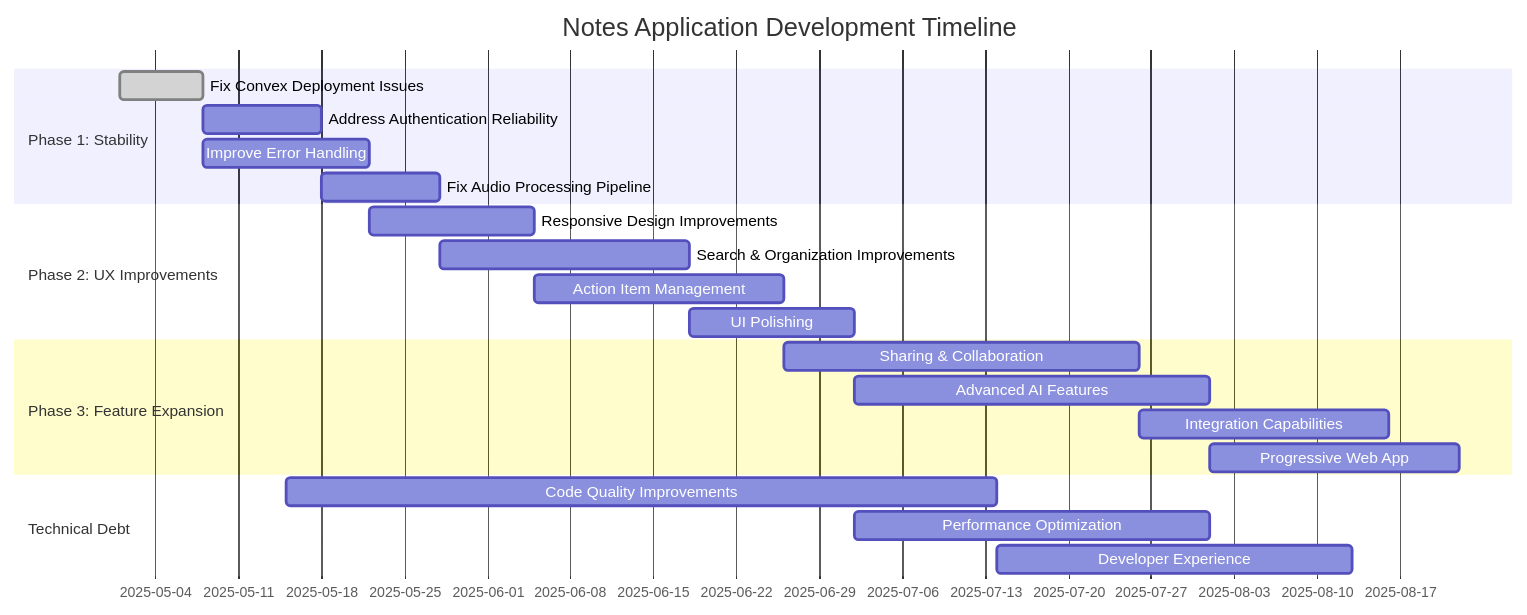
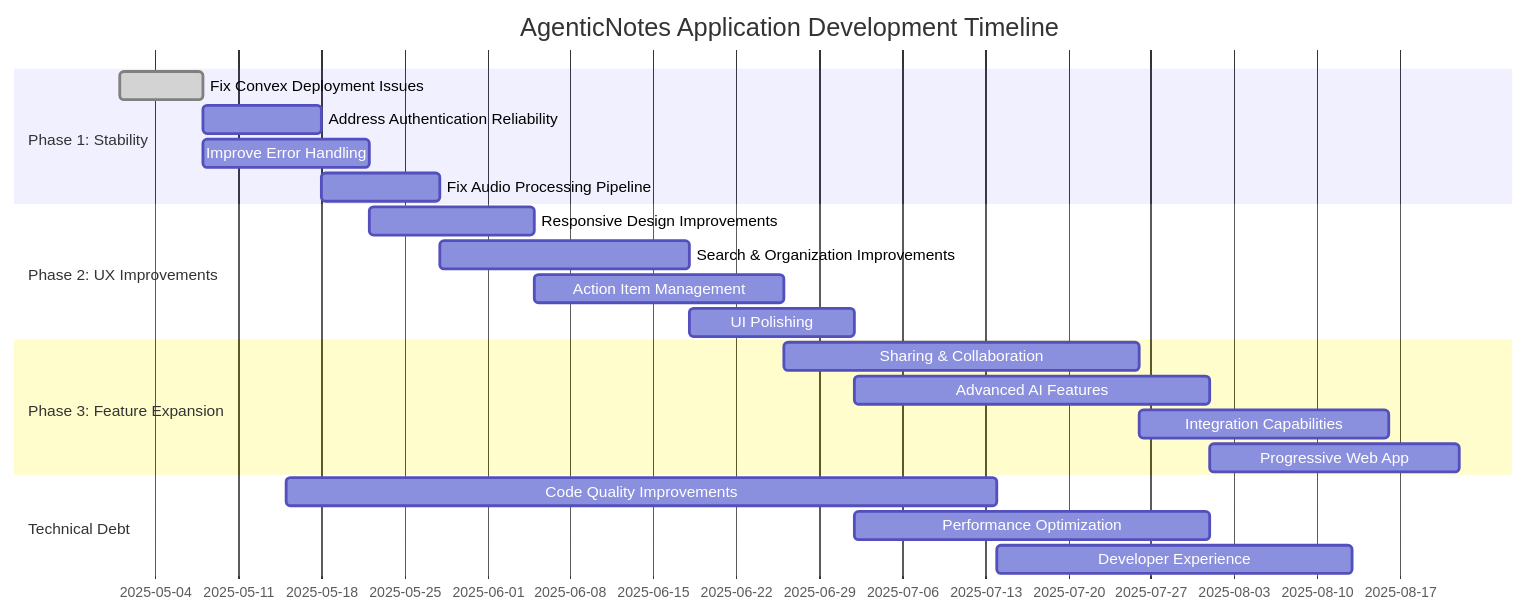
One commit to fenago/DrLeeNotes changed the diagram in docs/development-plan.md. Above: the diagram before and after it, drawn with Mermaid. The commit also changed other lines of this file and 40 other files, not shown here.

````diff
--- a/docs/development-plan.md
+++ b/docs/development-plan.md
@@ -106,27 +106,27 @@
 ```mermaid
 gantt
-    title Notes Application Development Timeline
+    title AgenticNotes Application Development Timeline
     dateFormat  YYYY-MM-DD
     section Phase 1: Stability
     Fix Convex Deployment Issues       :done, p1_1, 2025-05-01, 7d
     Address Authentication Reliability :p1_2, after p1_1, 10d
     Improve Error Handling             :p1_3, after p1_1, 14d
     Fix Audio Processing Pipeline      :p1_4, after p1_2, 10d
     
     section Phase 2: UX Improvements
     Responsive Design Improvements     :p2_1, after p1_3, 14d
     Search & Organization Improvements :p2_2, after p1_4, 21d
     Action Item Management             :p2_3, after p2_1, 21d
     UI Polishing                       :p2_4, after p2_2, 14d
     
     section Phase 3: Feature Expansion
     Sharing & Collaboration            :p3_1, after p2_3, 30d
     Advanced AI Features               :p3_2, after p2_4, 30d
     Integration Capabilities           :p3_3, after p3_1, 21d
     Progressive Web App                :p3_4, after p3_2, 21d
     
     section Technical Debt
     Code Quality Improvements          :td_1, 2025-05-15, 60d
     Performance Optimization           :td_2, after p2_4, 30d
     Developer Experience               :td_3, after td_1, 30d
 ```
````
